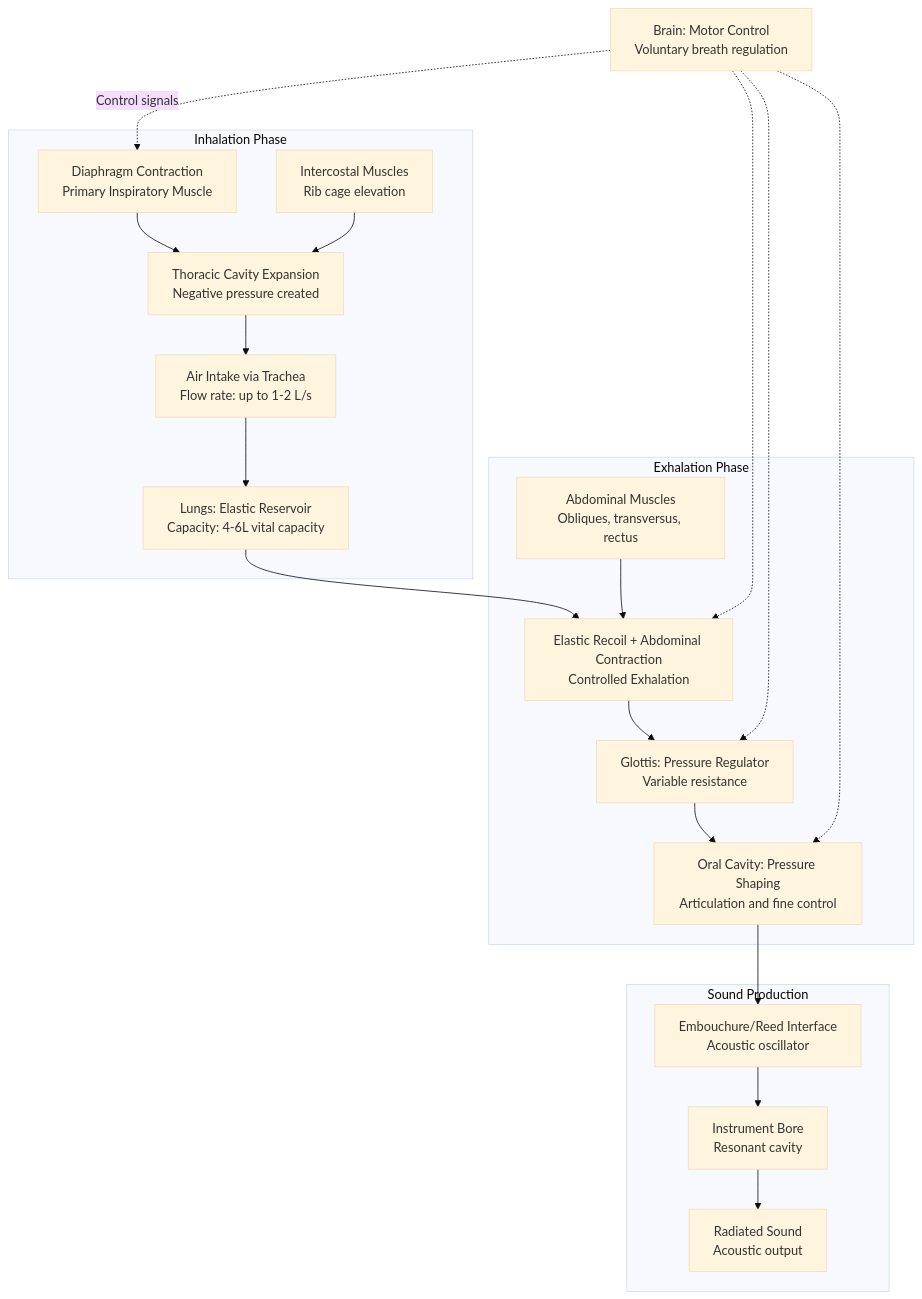
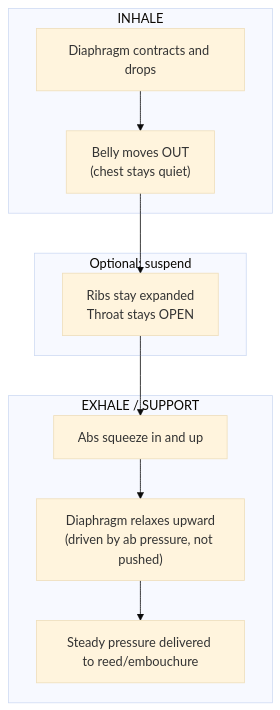
One commit to blebleblee/synapse changed the diagram in topics/arts/music_performance/woodwinds/lesson_01_breathing_techniques.md. Above: the diagram before and after it, drawn with Mermaid (base theme). The commit also changed other lines of this file and 4 other files, not shown here.

````diff
--- a/topics/arts/music_performance/woodwinds/lesson_01_breathing_techniques.md
+++ b/topics/arts/music_performance/woodwinds/lesson_01_breathing_techniques.md
@@ -50,41 +27,19 @@
 ```mermaid
 graph TB
-    subgraph sub_intake ["Inhalation Phase"]
-        A["Lungs: Elastic Reservoir<br/>Capacity: 4-6L vital capacity"]
-        B["Diaphragm Contraction<br/>Primary Inspiratory Muscle"]
-        C["Thoracic Cavity Expansion<br/>Negative pressure created"]
-        D["Air Intake via Trachea<br/>Flow rate: up to 1-2 L/s"]
-        K["Intercostal Muscles<br/>Rib cage elevation"]
+    subgraph sub_in ["INHALE"]
+        A["Diaphragm contracts and drops"]
+        B["Belly moves OUT<br/>(chest stays quiet)"]
     end
-    
-    subgraph sub_exhale ["Exhalation Phase"]
-        E["Elastic Recoil + Abdominal Contraction<br/>Controlled Exhalation"]
-        L["Abdominal Muscles<br/>Obliques, transversus, rectus"]
-        F["Glottis: Pressure Regulator<br/>Variable resistance"]
-        G["Oral Cavity: Pressure Shaping<br/>Articulation and fine control"]
+
+    subgraph sub_hold ["Optional: suspend"]
+        C["Ribs stay expanded<br/>Throat stays OPEN"]
     end
-    
-    subgraph sub_sound ["Sound Production"]
-        H["Embouchure/Reed Interface<br/>Acoustic oscillator"]
-        I["Instrument Bore<br/>Resonant cavity"]
-        J["Radiated Sound<br/>Acoustic output"]
+
+    subgraph sub_out ["EXHALE / SUPPORT"]
+        D["Abs squeeze in and up"]
+        E["Diaphragm relaxes upward<br/>(driven by ab pressure, not pushed)"]
+        F["Steady pressure delivered to reed/embouchure"]
     end
-    
-    B --> C
-    C --> D
-    D --> A
-    K --> C
-    
-    A --> E
-    L --> E
-    E --> F
-    F --> G
-    G --> H
-    H --> I
-    I --> J
-    
-    M["Brain: Motor Control<br/>Voluntary breath regulation"] -.->|Control signals| B
-    M -.-> E
-    M -.-> F
-    M -.-> G
+
+    A --> B --> C --> D --> E --> F
 ```
````
